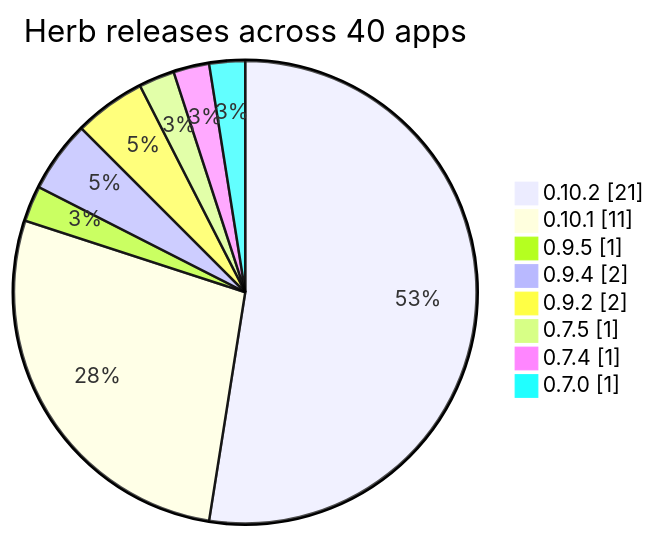
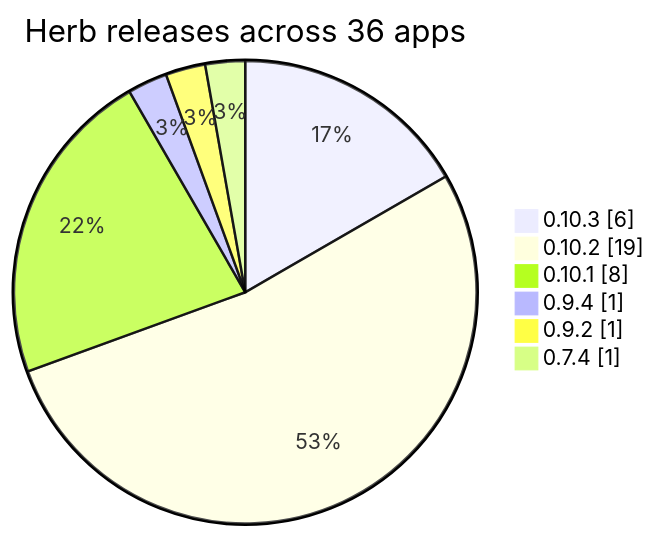
One commit to marcoroth/herb-corpus changed the second of 2 diagrams in README.md. Above: the diagram before and after it, drawn with Mermaid. The commit also changed other lines of this file and 1141 other files, not shown here.

````diff
--- a/README.md
+++ b/README.md
@@ -428,12 +404,10 @@
 ```mermaid
 pie showData
-  title Herb releases across 40 apps
-  "0.10.2" : 21
-  "0.10.1" : 11
-  "0.9.5" : 1
-  "0.9.4" : 2
-  "0.9.2" : 2
-  "0.7.5" : 1
+  title Herb releases across 36 apps
+  "0.10.3" : 6
+  "0.10.2" : 19
+  "0.10.1" : 8
+  "0.9.4" : 1
+  "0.9.2" : 1
   "0.7.4" : 1
-  "0.7.0" : 1
 ```
````
